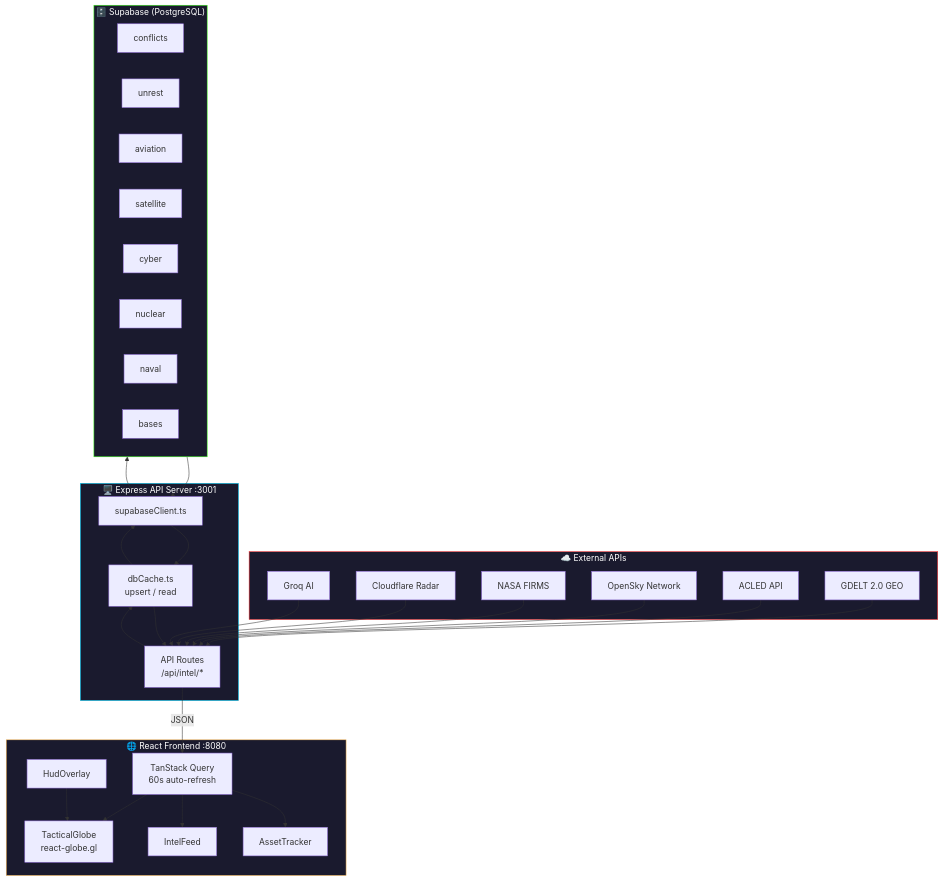
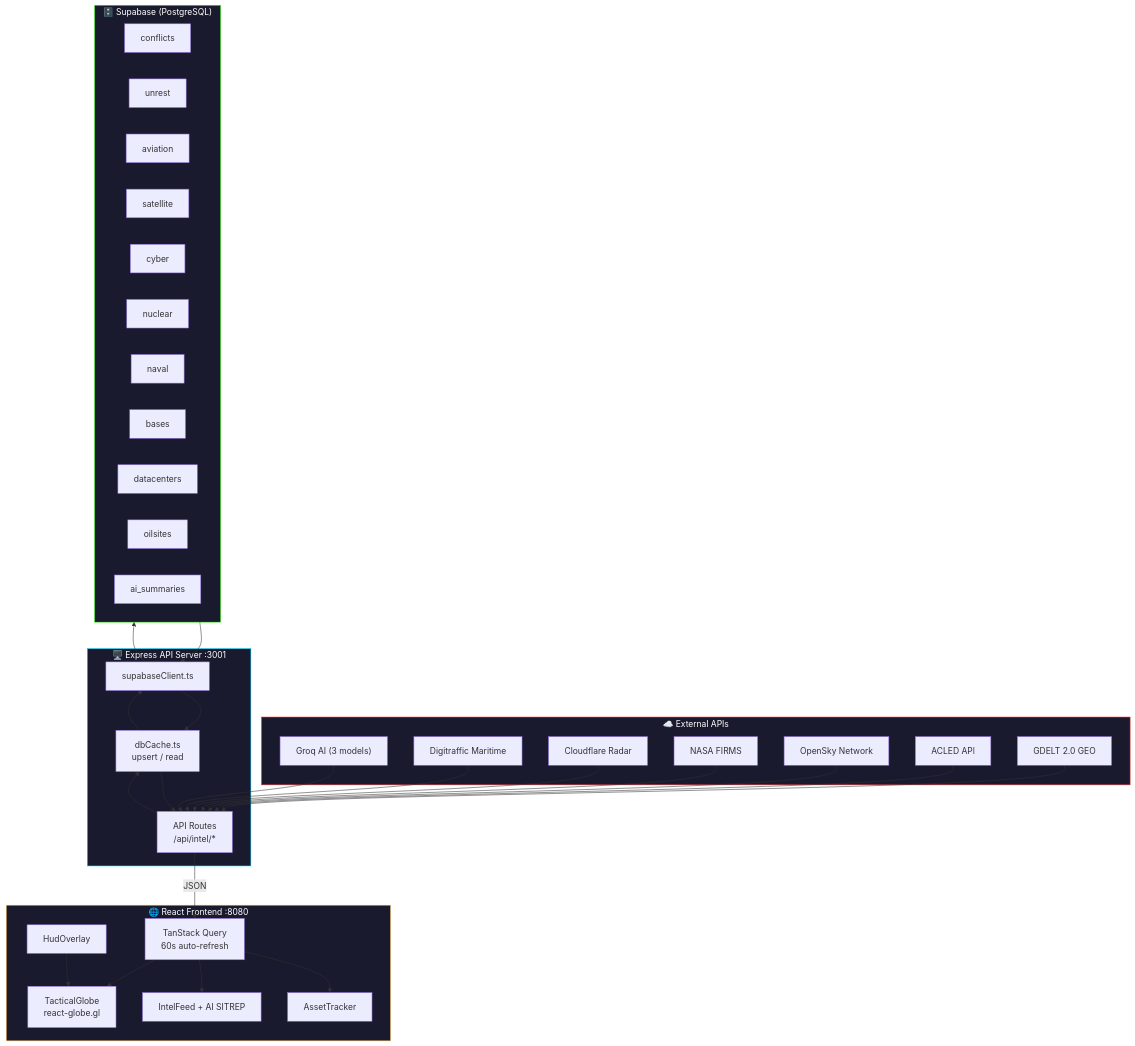
The first of 6 diagrams in README.md (Vince0028/aerial-intel), drawn with Mermaid before and after one commit. The commit also changed other lines of this file and 32 other files, not shown here.

````diff
--- a/README.md
+++ b/README.md
@@ -26,50 +26,54 @@
 ```mermaid
 graph TB
     subgraph External["☁️ External APIs"]
         GDELT["GDELT 2.0 GEO"]
         ACLED["ACLED API"]
         OPENSKY["OpenSky Network"]
         FIRMS["NASA FIRMS"]
         CLOUDFLARE["Cloudflare Radar"]
-        GROQ["Groq AI"]
+        DIGITRAFFIC["Digitraffic Maritime"]
+        GROQ["Groq AI (3 models)"]
     end
 
     subgraph API["🖥️ Express API Server :3001"]
         ROUTES["API Routes<br/>/api/intel/*"]
         CACHE["dbCache.ts<br/>upsert / read"]
         CLIENT["supabaseClient.ts"]
     end
 
     subgraph DB["🗄️ Supabase (PostgreSQL)"]
         T1["conflicts"]
         T2["unrest"]
         T3["aviation"]
         T4["satellite"]
         T5["cyber"]
         T6["nuclear"]
         T7["naval"]
         T8["bases"]
+        T9["datacenters"]
+        T10["oilsites"]
+        T11["ai_summaries"]
     end
 
     subgraph FE["🌐 React Frontend :8080"]
         QUERY["TanStack Query<br/>60s auto-refresh"]
         GLOBE["TacticalGlobe<br/>react-globe.gl"]
-        FEED["IntelFeed"]
+        FEED["IntelFeed + AI SITREP"]
         TRACKER["AssetTracker"]
         HUD["HudOverlay"]
     end
 
-    GDELT & ACLED & OPENSKY & FIRMS & CLOUDFLARE --> ROUTES
+    GDELT & ACLED & OPENSKY & FIRMS & CLOUDFLARE & DIGITRAFFIC --> ROUTES
     GROQ --> ROUTES
     ROUTES --> CACHE
     CACHE --> CLIENT --> DB
     DB --> CLIENT --> CACHE --> ROUTES
     ROUTES -->|JSON| QUERY
     QUERY --> GLOBE & FEED & TRACKER
     HUD --> GLOBE
 
     style External fill:#1a1a2e,stroke:#FF3131,color:#fff
     style API fill:#1a1a2e,stroke:#00D2FF,color:#fff
     style DB fill:#1a1a2e,stroke:#39FF14,color:#fff
     style FE fill:#1a1a2e,stroke:#FFBD59,color:#fff
 ```
````
